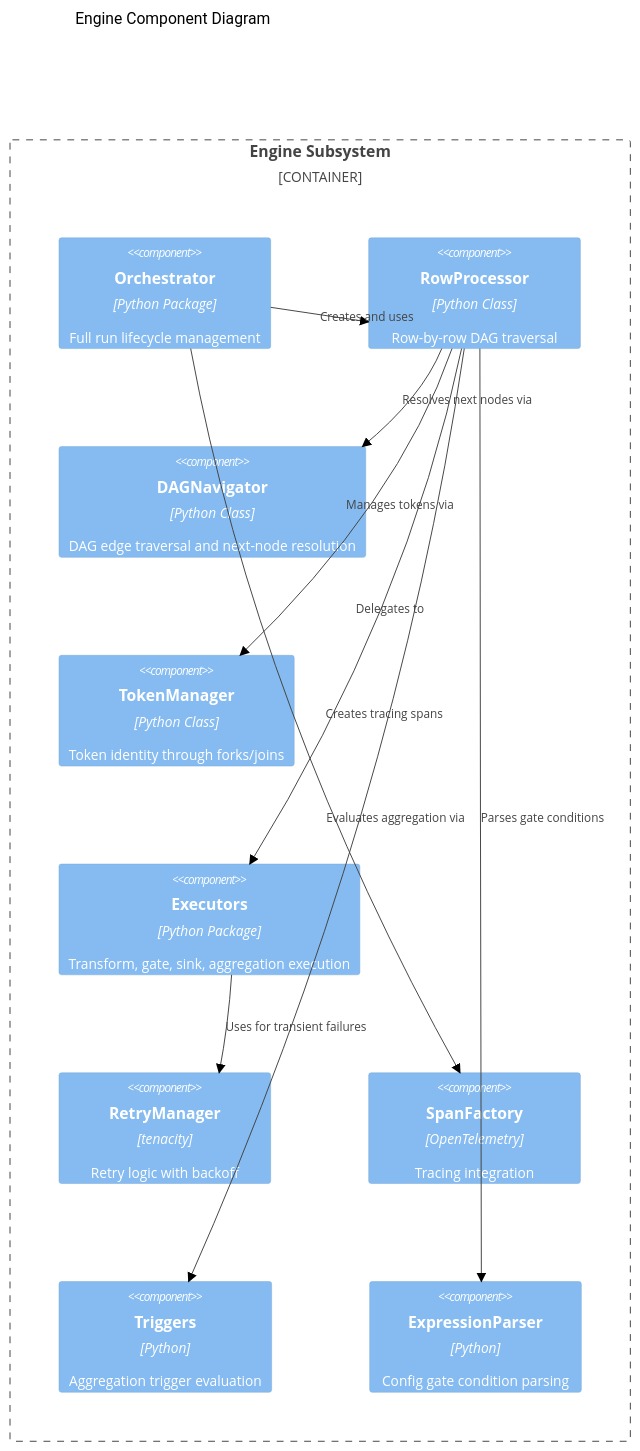
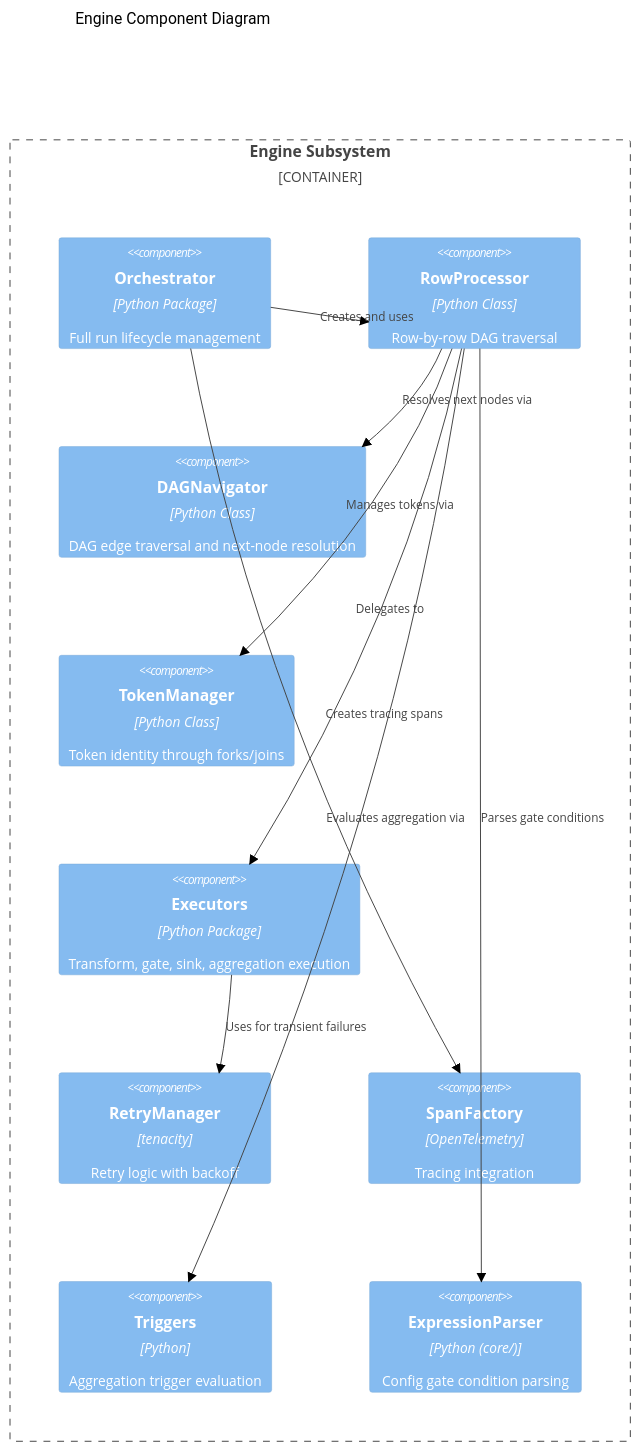
Before and after one commit to tachyon-beep/elspeth: the third of 13 diagrams in ARCHITECTURE.md, drawn with Mermaid (forest theme). The commit also changed other lines of this file and 5 other files, not shown here.

````diff
--- a/ARCHITECTURE.md
+++ b/ARCHITECTURE.md
@@ -179,25 +179,25 @@
 ```mermaid
 C4Component
     title Engine Component Diagram
 
     Container_Boundary(engine, "Engine Subsystem") {
         Component(orchestrator, "Orchestrator", "Python Package", "Full run lifecycle management")
         Component(processor, "RowProcessor", "Python Class", "Row-by-row DAG traversal")
         Component(navigator, "DAGNavigator", "Python Class", "DAG edge traversal and next-node resolution")
         Component(tokens, "TokenManager", "Python Class", "Token identity through forks/joins")
         Component(executors, "Executors", "Python Package", "Transform, gate, sink, aggregation execution")
         Component(retry, "RetryManager", "tenacity", "Retry logic with backoff")
         Component(spans, "SpanFactory", "OpenTelemetry", "Tracing integration")
         Component(triggers, "Triggers", "Python", "Aggregation trigger evaluation")
-        Component(expression, "ExpressionParser", "Python", "Config gate condition parsing")
+        Component(expression, "ExpressionParser", "Python (core/)", "Config gate condition parsing")
     }
 
     Rel(orchestrator, processor, "Creates and uses")
     Rel(processor, navigator, "Resolves next nodes via")
     Rel(processor, tokens, "Manages tokens via")
     Rel(processor, executors, "Delegates to")
     Rel(executors, retry, "Uses for transient failures")
     Rel(orchestrator, spans, "Creates tracing spans")
     Rel(processor, triggers, "Evaluates aggregation via")
     Rel(processor, expression, "Parses gate conditions")
 ```
````
